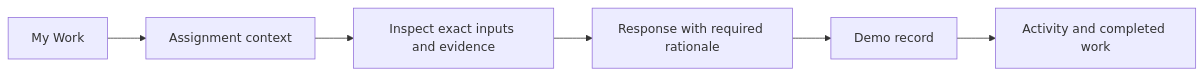
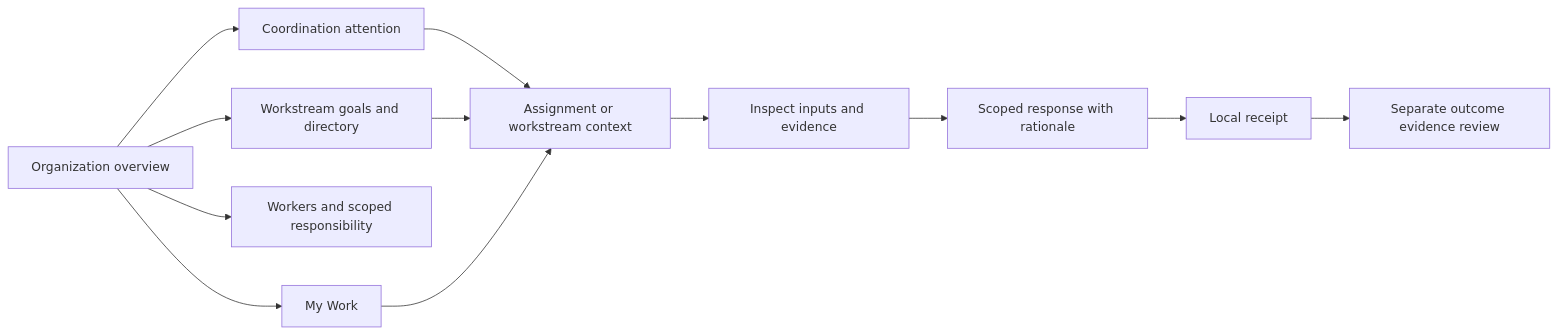
One commit to trunghoangdev/x1-codex changed the diagram in ui-design/DESIGN.md. Above: the diagram before and after it, drawn with Mermaid. The commit also changed other lines of this file and 6 other files, not shown here.

Commit message:
Prioritize attention and compact organization overview

````diff
--- a/ui-design/DESIGN.md
+++ b/ui-design/DESIGN.md
@@ -22,8 +27,14 @@
 ```mermaid
 flowchart LR
-  Inbox[My Work] --> Assignment[Assignment context]
-  Assignment --> Evidence[Inspect exact inputs and evidence]
-  Evidence --> Response[Response with required rationale]
-  Response --> Local[Demo record]
-  Local --> History[Activity and completed work]
+  Org[Organization overview] --> Attention[Coordination attention]
+  Org --> Streams[Workstream goals and directory]
+  Org --> Workers[Workers and scoped responsibility]
+  Org --> Inbox[My Work]
+  Attention --> Context[Assignment or workstream context]
+  Streams --> Context
+  Inbox --> Context
+  Context --> Evidence[Inspect inputs and evidence]
+  Evidence --> Response[Scoped response with rationale]
+  Response --> Local[Local receipt]
+  Local --> Outcome[Separate outcome evidence review]
 ```
````
